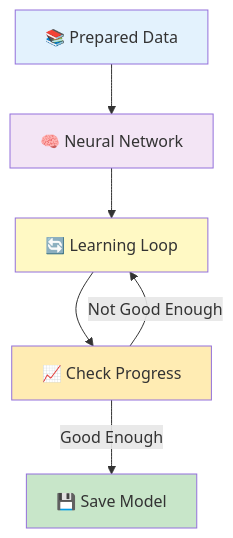
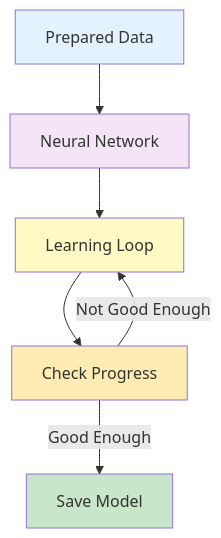
One commit to SITES-spectral/phenocai changed the first of 16 diagrams in docs/workflow_training.md. Above: the diagram before and after it, drawn with Mermaid. The commit also changed other lines of this file and 4 other files, not shown here.

````diff
--- a/docs/workflow_training.md
+++ b/docs/workflow_training.md
@@ -7,14 +7,14 @@
 ```mermaid
 graph TD
-    A[📚 Prepared Data] --> B[🧠 Neural Network]
-    B --> C[🔄 Learning Loop]
-    C --> D[📈 Check Progress]
+    A[Prepared Data] --> B[Neural Network]
+    B --> C[Learning Loop]
+    C --> D[Check Progress]
     D -->|Not Good Enough| C
-    D -->|Good Enough| E[💾 Save Model]
+    D -->|Good Enough| E[Save Model]
     
     style A fill:#e3f2fd
     style B fill:#f3e5f5
     style C fill:#fff9c4
     style D fill:#ffecb3
     style E fill:#c8e6c9
 ```
````
